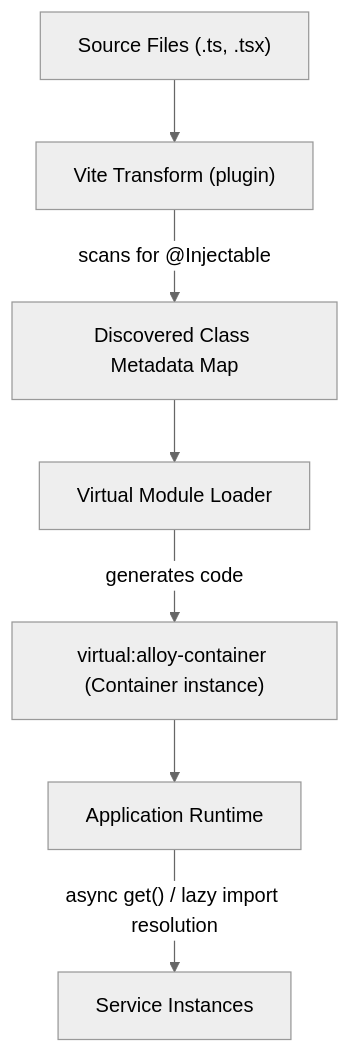
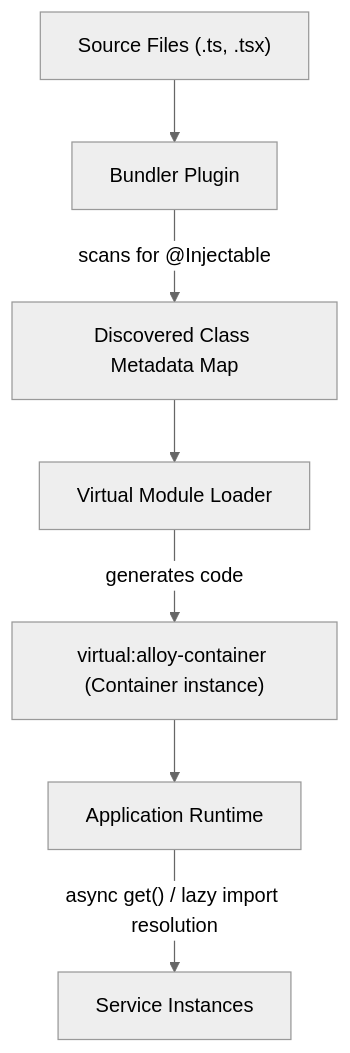
Before and after one commit to ciddan/alloy-di: the diagram in docs/guide/what-is-alloy.md, drawn with Mermaid (neutral theme). The commit also changed other lines of this file and 64 other files, not shown here.

````diff
--- a/docs/guide/what-is-alloy.md
+++ b/docs/guide/what-is-alloy.md
@@ -24,9 +24,9 @@
 ```mermaid
 graph TD
-  A["Source Files (.ts, .tsx)"] --> B["Vite Transform (plugin)"]
+  A["Source Files (.ts, .tsx)"] --> B["Bundler Plugin"]
   B -->|"scans for @Injectable"| C["Discovered Class Metadata Map"]
   C --> D["Virtual Module Loader"]
   D -->|"generates code"| E["virtual:alloy-container (Container instance)"]
   E --> F["Application Runtime"]
   F -->|"async get() / lazy import resolution"| G["Service Instances"]
 ```
````
